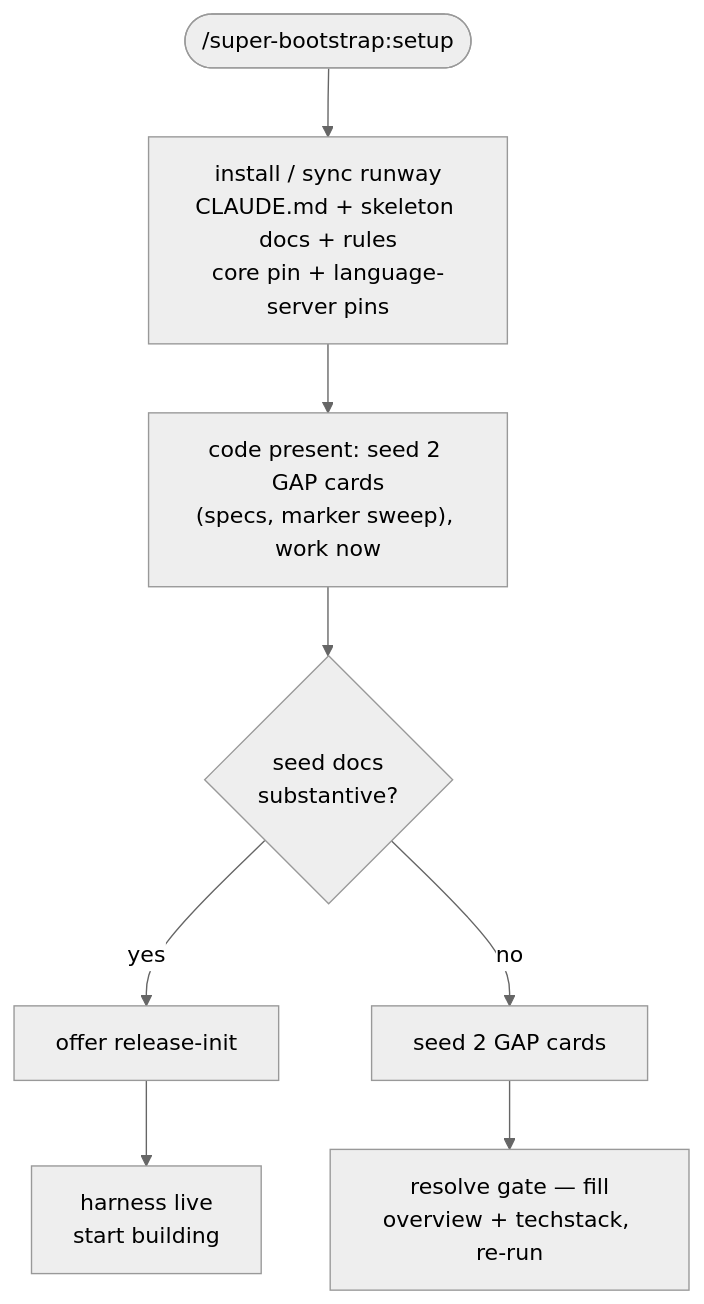
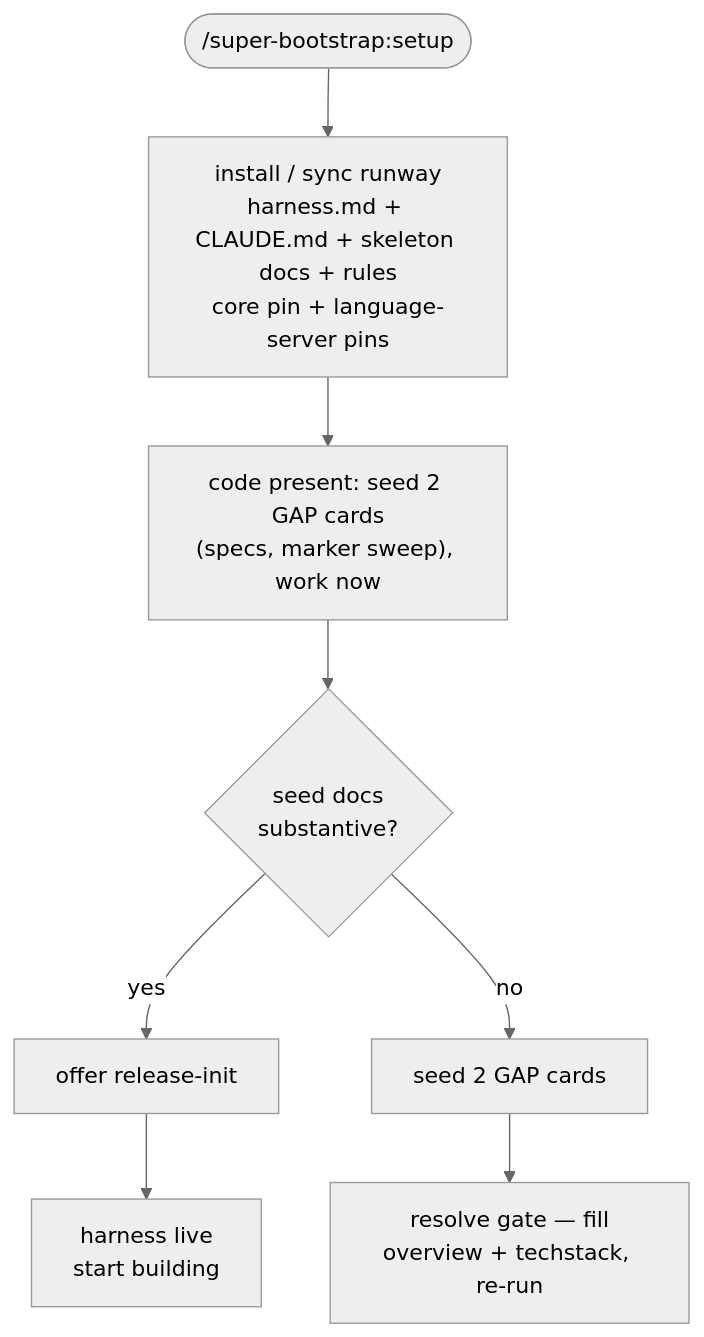
The diagram in README.md (RockyHong/super-bootstrap), drawn with Mermaid (neutral theme) before and after one commit. The commit also changed other lines of this file and 14 other files, not shown here.

````diff
--- a/README.md
+++ b/README.md
@@ -53,11 +53,11 @@
 ```mermaid
 flowchart TD
     entry(["/super-bootstrap:setup"])
-    entry --> runway["install / sync runway<br/>CLAUDE.md + skeleton docs + rules<br/>core pin + language-server pins"]
+    entry --> runway["install / sync runway<br/>harness.md + CLAUDE.md + skeleton docs + rules<br/>core pin + language-server pins"]
     runway --> code["code present: seed 2 GAP cards<br/>(specs, marker sweep), work now"]
     code --> gate{"seed docs<br/>substantive?"}
     gate -->|yes| offer["offer release-init"]
     gate -->|no| cards["seed 2 GAP cards"]
     cards --> hold["resolve gate — fill<br/>overview + techstack, re-run"]
     offer --> done["harness live<br/>start building"]
 ```
````
